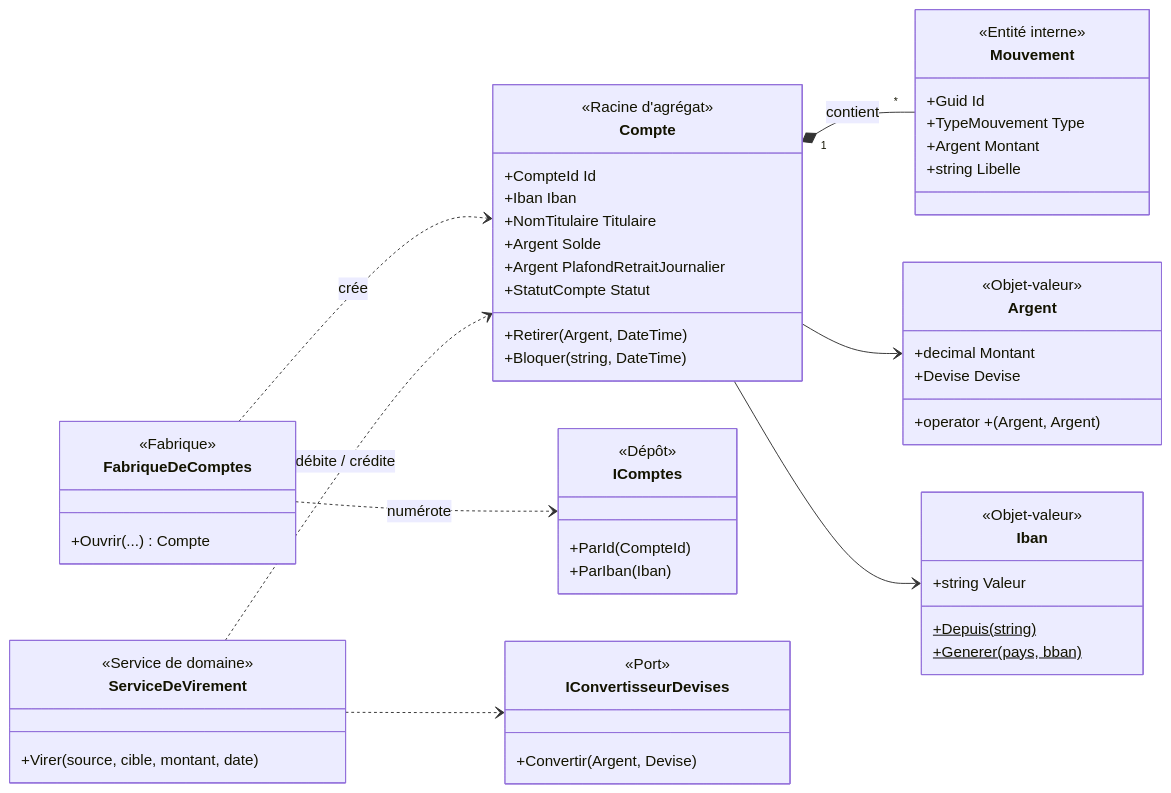
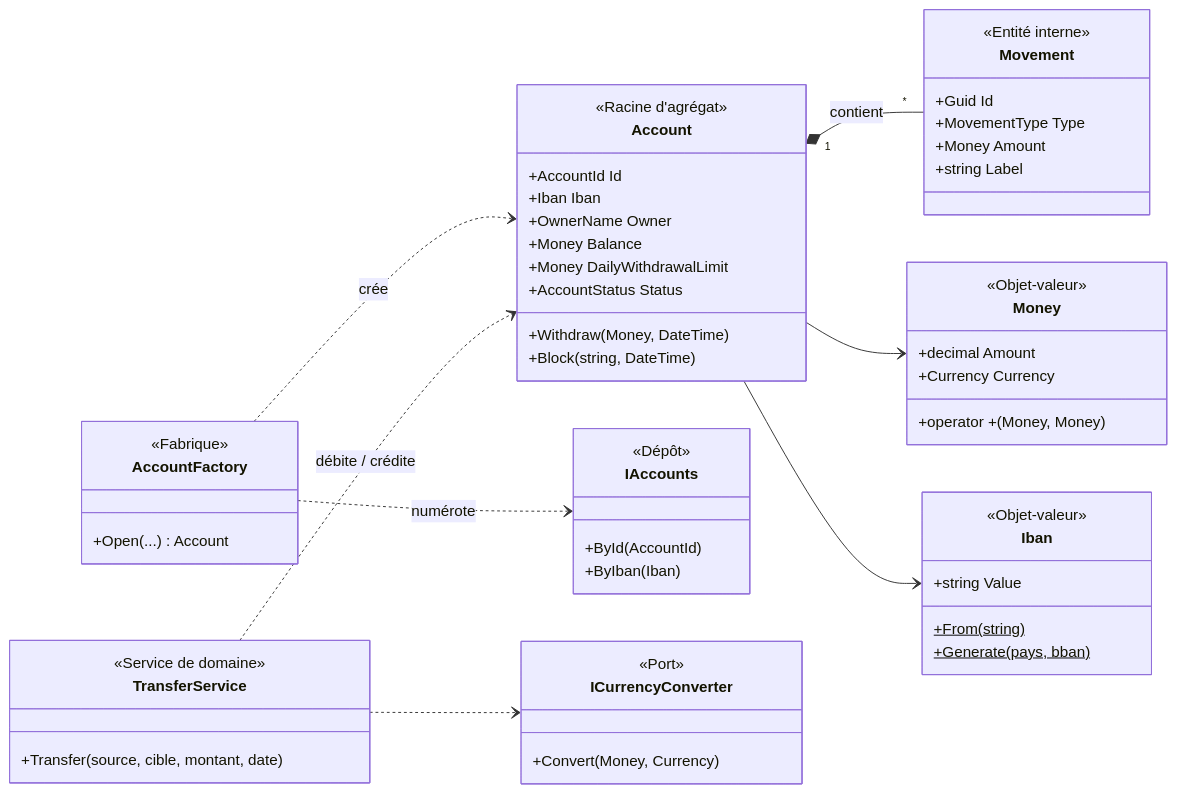
The third of 4 diagrams in Docs/11-ddd.md (drangoht/ArchitecturesDemo), drawn with Mermaid before and after one commit. The commit also changed other lines of this file and 70 other files, not shown here.

Commit message:
Docs FR : identifiants, liens, diagrammes et sorties alignés sur le code anglais

````diff
--- a/Docs/11-ddd.md
+++ b/Docs/11-ddd.md
@@ -82,58 +82,58 @@
 ```mermaid
 classDiagram
     direction LR
-    class Compte {
+    class Account {
         <<Racine d'agrégat>>
-        +CompteId Id
+        +AccountId Id
         +Iban Iban
-        +NomTitulaire Titulaire
-        +Argent Solde
-        +Argent PlafondRetraitJournalier
-        +StatutCompte Statut
-        +Retirer(Argent, DateTime)
-        +Bloquer(string, DateTime)
+        +OwnerName Owner
+        +Money Balance
+        +Money DailyWithdrawalLimit
+        +AccountStatus Status
+        +Withdraw(Money, DateTime)
+        +Block(string, DateTime)
     }
-    class Mouvement {
+    class Movement {
         <<Entité interne>>
         +Guid Id
-        +TypeMouvement Type
-        +Argent Montant
-        +string Libelle
+        +MovementType Type
+        +Money Amount
+        +string Label
     }
-    class Argent {
+    class Money {
         <<Objet-valeur>>
-        +decimal Montant
-        +Devise Devise
-        +operator +(Argent, Argent)
+        +decimal Amount
+        +Currency Currency
+        +operator +(Money, Money)
     }
     class Iban {
         <<Objet-valeur>>
-        +string Valeur
-        +Depuis(string)$
-        +Generer(pays, bban)$
+        +string Value
+        +From(string)$
+        +Generate(pays, bban)$
     }
-    class FabriqueDeComptes {
+    class AccountFactory {
         <<Fabrique>>
-        +Ouvrir(...) Compte
+        +Open(...) Account
     }
-    class ServiceDeVirement {
+    class TransferService {
         <<Service de domaine>>
-        +Virer(source, cible, montant, date)
+        +Transfer(source, cible, montant, date)
     }
-    class IComptes {
+    class IAccounts {
         <<Dépôt>>
-        +ParId(CompteId)
-        +ParIban(Iban)
+        +ById(AccountId)
+        +ByIban(Iban)
     }
-    class IConvertisseurDevises {
+    class ICurrencyConverter {
         <<Port>>
-        +Convertir(Argent, Devise)
+        +Convert(Money, Currency)
     }
-    Compte "1" *-- "*" Mouvement : contient
-    Compte --> Argent
-    Compte --> Iban
-    FabriqueDeComptes ..> Compte : crée
-    FabriqueDeComptes ..> IComptes : numérote
-    ServiceDeVirement ..> Compte : débite / crédite
-    ServiceDeVirement ..> IConvertisseurDevises
+    Account "1" *-- "*" Movement : contient
+    Account --> Money
+    Account --> Iban
+    AccountFactory ..> Account : crée
+    AccountFactory ..> IAccounts : numérote
+    TransferService ..> Account : débite / crédite
+    TransferService ..> ICurrencyConverter
 ```
````
